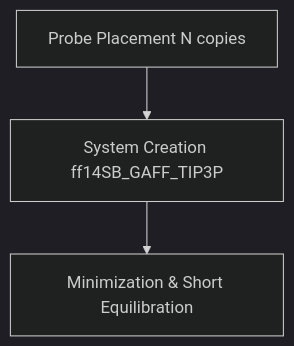
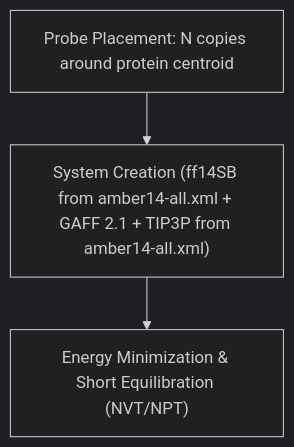
The second of 4 diagrams in Frag_to_lead_4MZI/README.md (marcuswangweihow/FBDD), drawn with Mermaid (dark theme) before and after one commit. The commit also changed other lines of this file, not shown here.

````diff
--- a/Frag_to_lead_4MZI/README.md
+++ b/Frag_to_lead_4MZI/README.md
@@ -124,5 +158,5 @@
 ```mermaid
 flowchart TD
-    E[Probe Placement N copies]  --> F[System Creation ff14SB_GAFF_TIP3P] 
-    F --> G[Minimization & Short Equilibration]
+    E["Probe Placement: N copies around protein centroid"] --> F["System Creation (ff14SB from amber14-all.xml + GAFF 2.1 + TIP3P from amber14-all.xml)"] 
+    F --> G["Energy Minimization & Short Equilibration (NVT/NPT)"]
 ```
````
